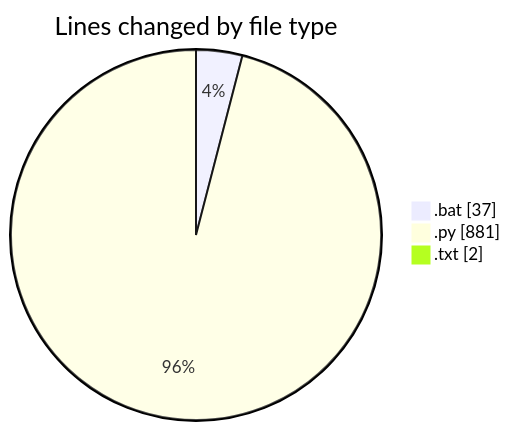
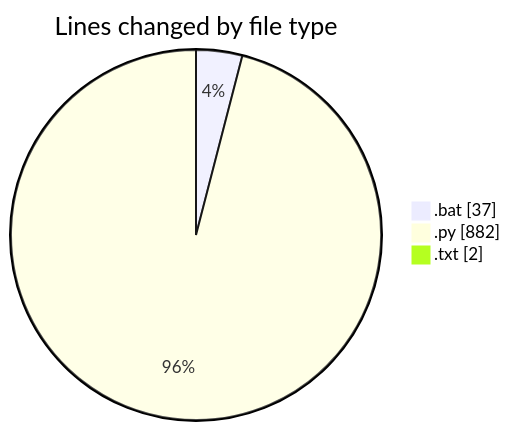
The first of 2 diagrams in 2025-07-04/cursor/README.md (FelipKnott/code-tracking), drawn with Mermaid before and after one commit. The commit also changed other lines of this file and 1 other file, not shown here.

````diff
--- a/2025-07-04/cursor/README.md
+++ b/2025-07-04/cursor/README.md
@@ -35,7 +35,7 @@
 ```mermaid
 pie showData
 title Lines changed by file type
 ".bat" : 37
-".py" : 881
+".py" : 882
 ".txt" : 2
 ```
````
